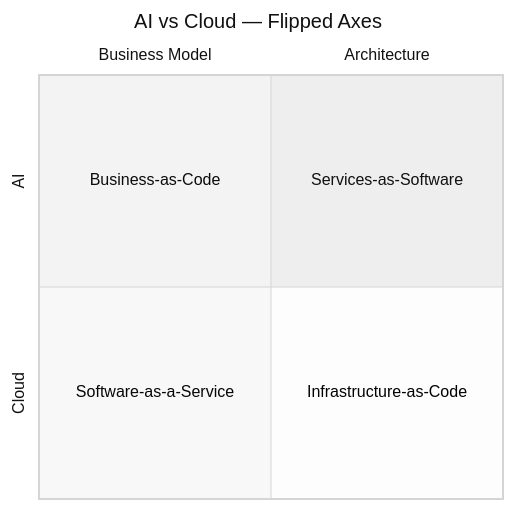
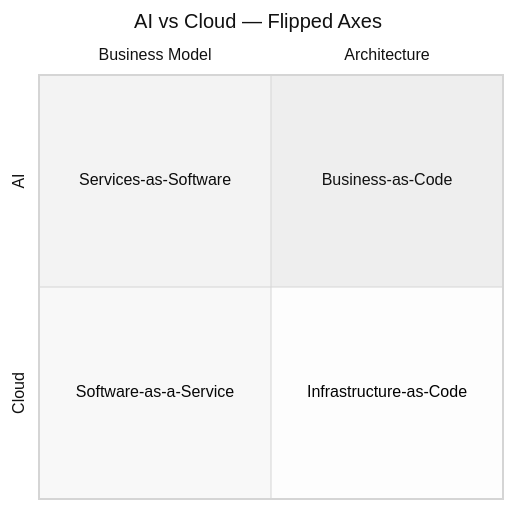
Before and after one commit to nathanclevenger/services-as-software: the diagram in README.md, drawn with Mermaid (neutral theme).

````diff
--- a/README.md
+++ b/README.md
@@ -21,11 +21,11 @@
 ```mermaid
 quadrantChart
     title AI vs Cloud — Flipped Axes
     x-axis Business Model --> Architecture
     y-axis Cloud --> AI
 
-    quadrant-1 Services-as-Software
-    quadrant-2 Business-as-Code
+    quadrant-1 Business-as-Code
+    quadrant-2 Services-as-Software
     quadrant-3 Software-as-a-Service
     quadrant-4 Infrastructure-as-Code
 ```
````
